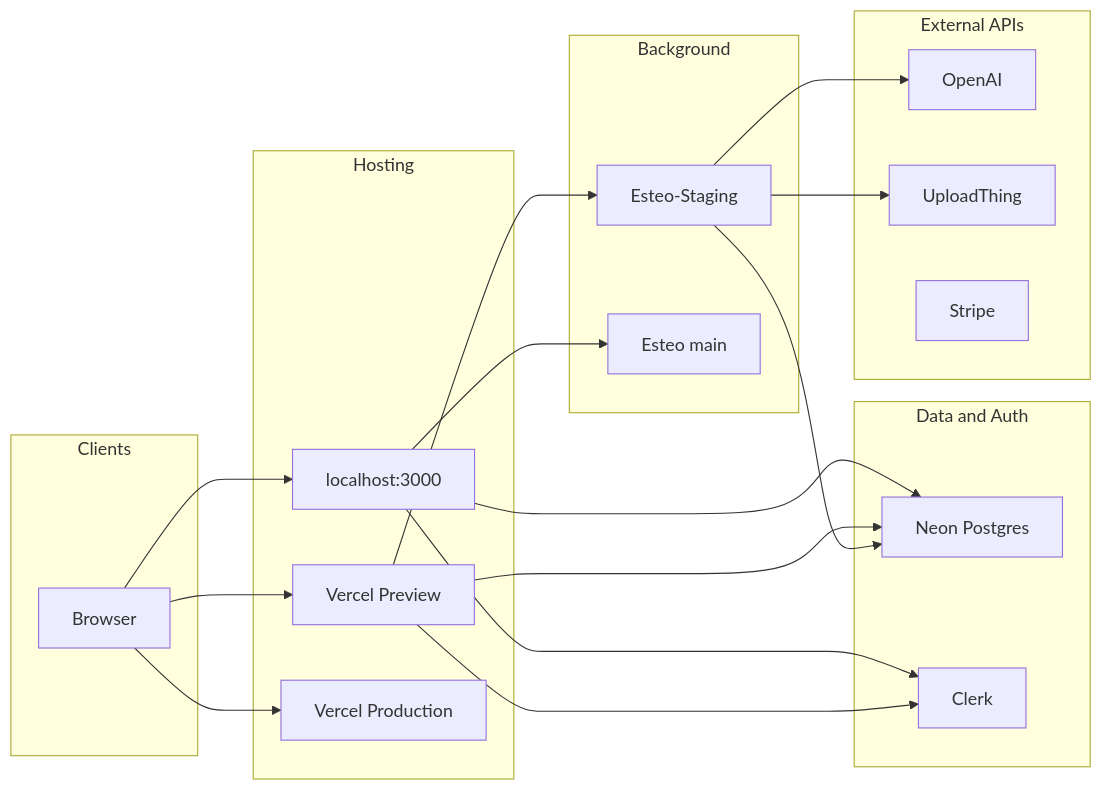
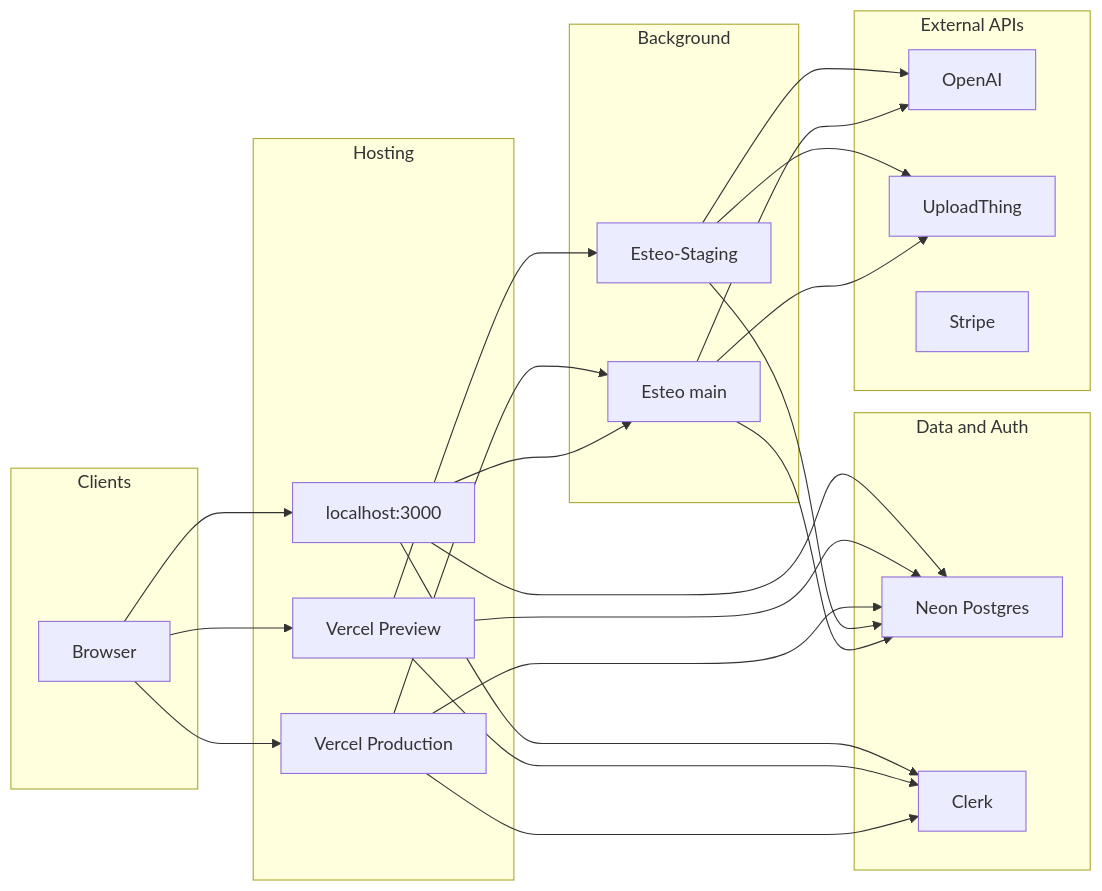
The first of 2 diagrams in docs/architecture/deployment.md (chris38pl/esteo), drawn with Mermaid before and after one commit. The commit also changed other lines of this file and 152 other files, not shown here.

````diff
--- a/docs/architecture/deployment.md
+++ b/docs/architecture/deployment.md
@@ -51,41 +193,47 @@
 ```mermaid
 flowchart LR
   subgraph clients [Clients]
     Browser[Browser]
   end
 
   subgraph hosting [Hosting]
     Localhost[localhost:3000]
     VercelPreview[Vercel Preview]
     VercelProd[Vercel Production]
   end
 
   subgraph data [Data and Auth]
     Neon[Neon Postgres]
     Clerk[Clerk]
   end
 
   subgraph jobs [Background]
     TriggerStaging[Esteo-Staging]
     TriggerMain[Esteo main]
   end
 
   subgraph external [External APIs]
     OpenAI[OpenAI]
     UploadThing[UploadThing]
     Stripe[Stripe]
   end
 
   Browser --> Localhost
   Browser --> VercelPreview
   Browser --> VercelProd
   Localhost --> Neon
   VercelPreview --> Neon
+  VercelProd --> Neon
   Localhost --> Clerk
   VercelPreview --> Clerk
+  VercelProd --> Clerk
   VercelPreview --> TriggerStaging
+  VercelProd --> TriggerMain
   Localhost --> TriggerMain
   TriggerStaging --> OpenAI
   TriggerStaging --> Neon
   TriggerStaging --> UploadThing
+  TriggerMain --> OpenAI
+  TriggerMain --> Neon
+  TriggerMain --> UploadThing
 ```
````
